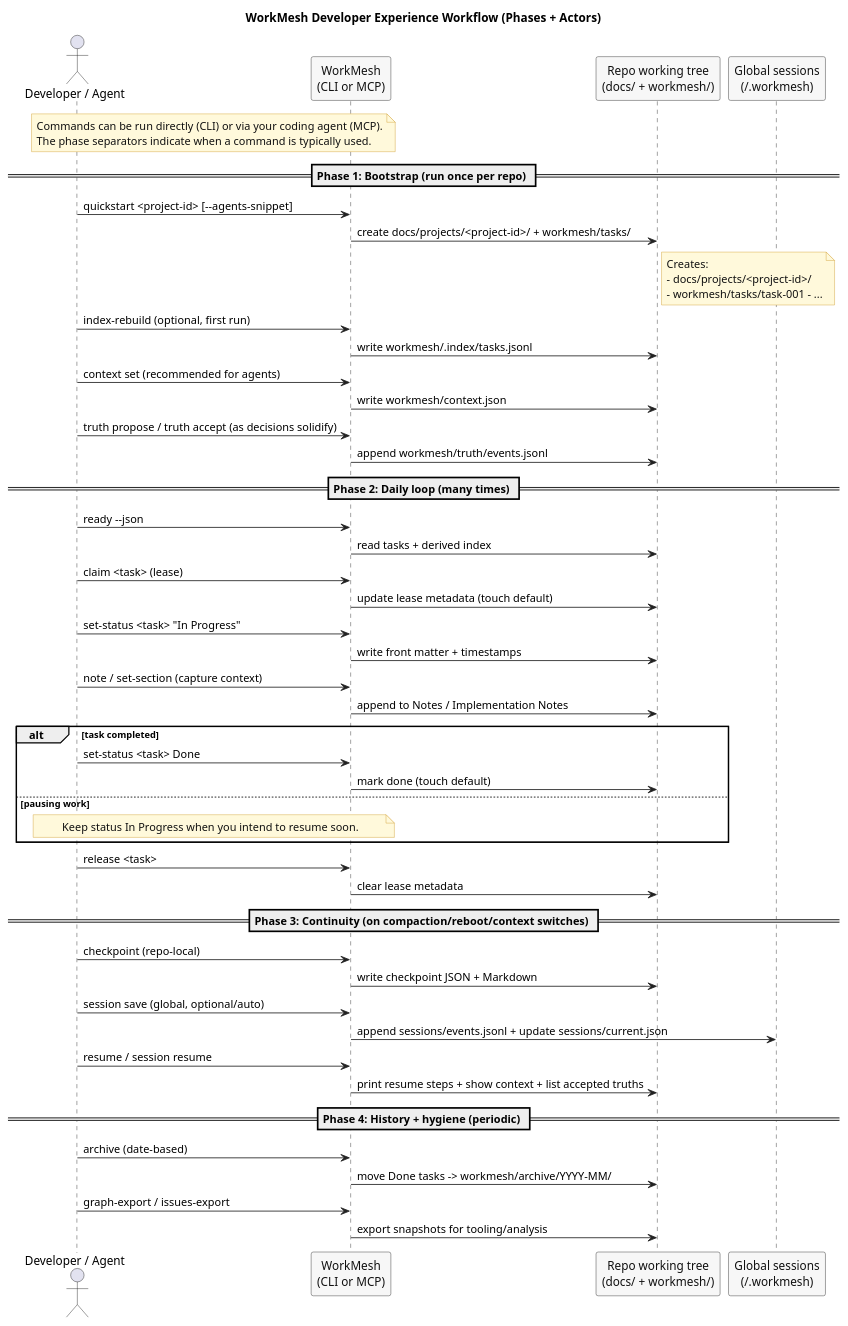
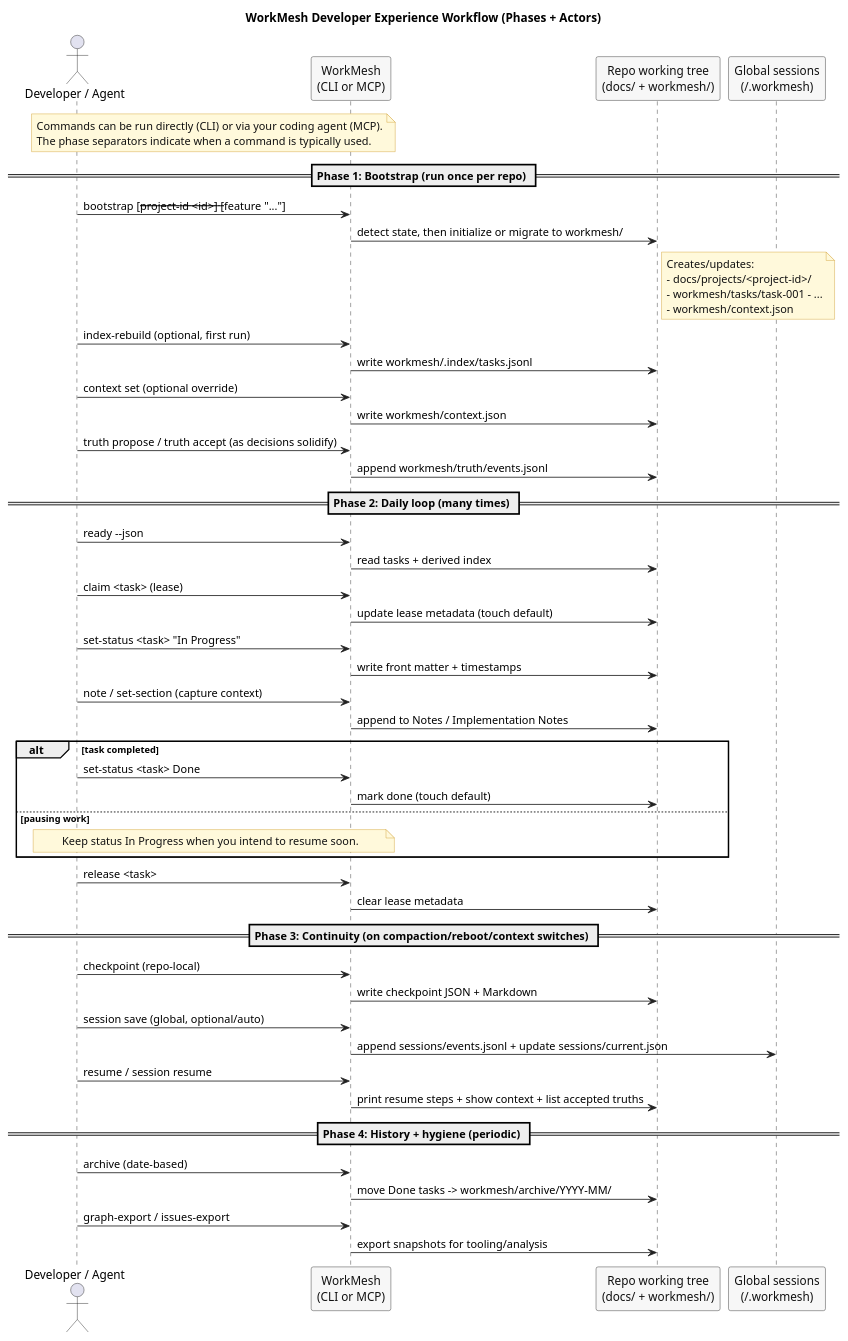
One commit to luislobo/workmesh changed the diagram in docs/diagrams/dx-workflow.puml. Above: the diagram before and after it, drawn with PlantUML. The commit also changed 11 other files, not shown here.

```diff
--- a/docs/diagrams/dx-workflow.puml
+++ b/docs/diagrams/dx-workflow.puml
@@ -1,84 +1,85 @@
 @startuml
 title WorkMesh Developer Experience Workflow (Phases + Actors)
 
 skinparam shadowing false
 skinparam backgroundColor white
 
 skinparam note {
   BackgroundColor #FFF9DB
   BorderColor #D09B2C
   FontColor #111111
 }
 
 skinparam sequence {
   ArrowColor #222222
   LifeLineBorderColor #222222
   LifeLineBackgroundColor #FFFFFF
   ParticipantBorderColor #222222
   ParticipantBackgroundColor #F7F7F7
   ParticipantFontColor #111111
   BoxBorderColor #222222
   BoxBackgroundColor #F7F7F7
   BoxFontColor #111111
 }
 
 actor "Developer / Agent" as A
 participant "WorkMesh\n(CLI or MCP)" as W
 participant "Repo working tree\n(docs/ + workmesh/)" as R
 participant "Global sessions\n(~/.workmesh)" as G
 
 note over A,W
 Commands can be run directly (CLI) or via your coding agent (MCP).
 The phase separators indicate when a command is typically used.
 end note
 
 == Phase 1: Bootstrap (run once per repo) ==
-A -> W : quickstart <project-id> [--agents-snippet]
-W -> R : create docs/projects/<project-id>/ + workmesh/tasks/
+A -> W : bootstrap [--project-id <id>] [--feature "..."]
+W -> R : detect state, then initialize or migrate to workmesh/
 note right of R
-Creates:
+Creates/updates:
 - docs/projects/<project-id>/
 - workmesh/tasks/task-001 - ...
+- workmesh/context.json
 end note
 A -> W : index-rebuild (optional, first run)
 W -> R : write workmesh/.index/tasks.jsonl
-A -> W : context set (recommended for agents)
+A -> W : context set (optional override)
 W -> R : write workmesh/context.json
 A -> W : truth propose / truth accept (as decisions solidify)
 W -> R : append workmesh/truth/events.jsonl
 
 == Phase 2: Daily loop (many times) ==
 A -> W : ready --json
 W -> R : read tasks + derived index
 A -> W : claim <task> (lease)
 W -> R : update lease metadata (touch default)
 A -> W : set-status <task> "In Progress"
 W -> R : write front matter + timestamps
 A -> W : note / set-section (capture context)
 W -> R : append to Notes / Implementation Notes
 alt task completed
   A -> W : set-status <task> Done
   W -> R : mark done (touch default)
 else pausing work
   note over A,W
   Keep status In Progress when you intend to resume soon.
   end note
 end
 A -> W : release <task>
 W -> R : clear lease metadata
 
 == Phase 3: Continuity (on compaction/reboot/context switches) ==
 A -> W : checkpoint (repo-local)
 W -> R : write checkpoint JSON + Markdown
 A -> W : session save (global, optional/auto)
 W -> G : append sessions/events.jsonl + update sessions/current.json
 A -> W : resume / session resume
 W -> R : print resume steps + show context + list accepted truths
 
 == Phase 4: History + hygiene (periodic) ==
 A -> W : archive (date-based)
 W -> R : move Done tasks -> workmesh/archive/YYYY-MM/
 A -> W : graph-export / issues-export
 W -> R : export snapshots for tooling/analysis
 
 @enduml
```
